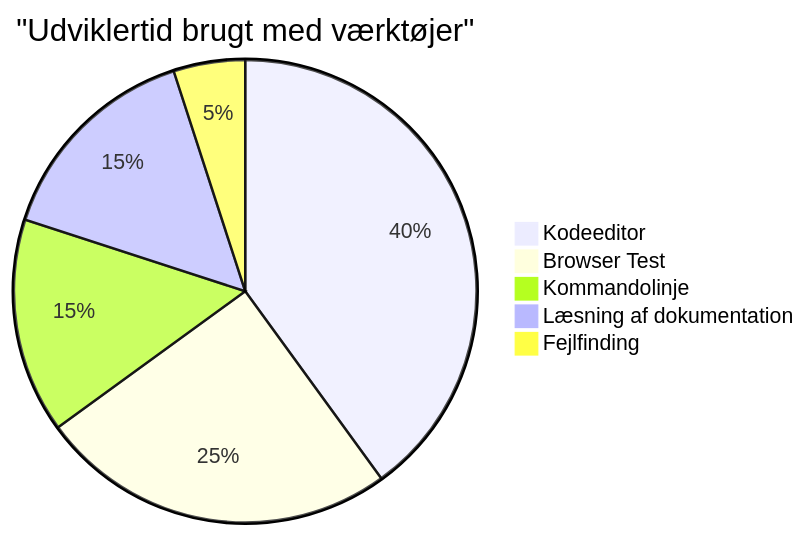
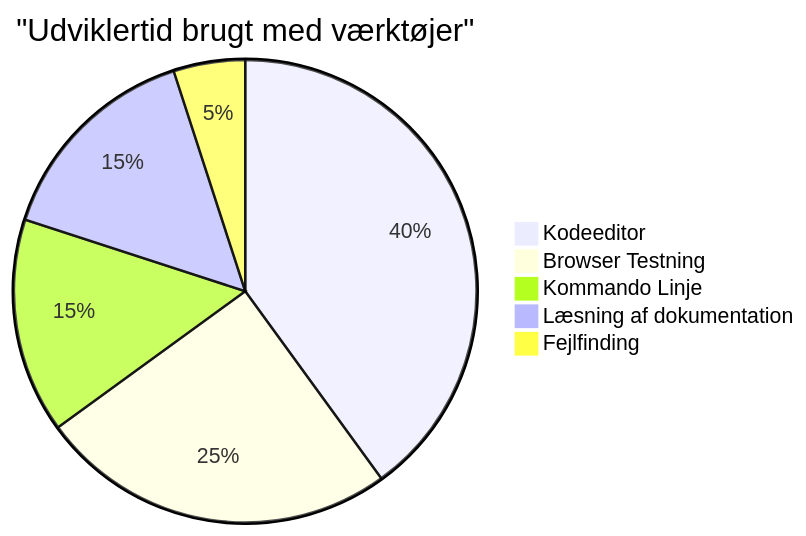
Before and after one commit to microsoft/Web-Dev-For-Beginners: the sixth of 7 diagrams in translations/da/1-getting-started-lessons/1-intro-to-programming-languages/README.md, drawn with Mermaid. The commit also changed other lines of this file and 11 other files, not shown here.

````diff
--- a/translations/da/1-getting-started-lessons/1-intro-to-programming-languages/README.md
+++ b/translations/da/1-getting-started-lessons/1-intro-to-programming-languages/README.md
@@ -713,8 +713,8 @@
 ```mermaid
 pie title "Udviklertid brugt med værktøjer"
     "Kodeeditor" : 40
-    "Browser Test" : 25
-    "Kommandolinje" : 15
+    "Browser Testning" : 25
+    "Kommando Linje" : 15
     "Læsning af dokumentation" : 15
     "Fejlfinding" : 5
 ```
````
